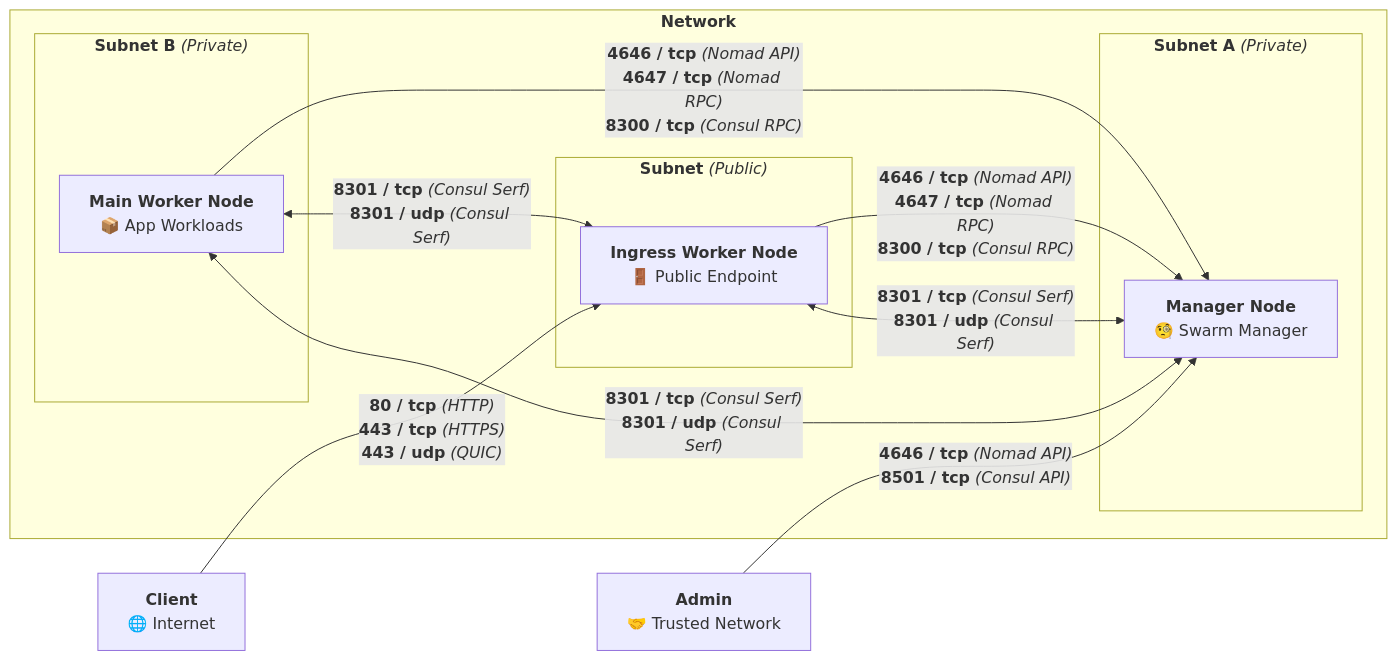
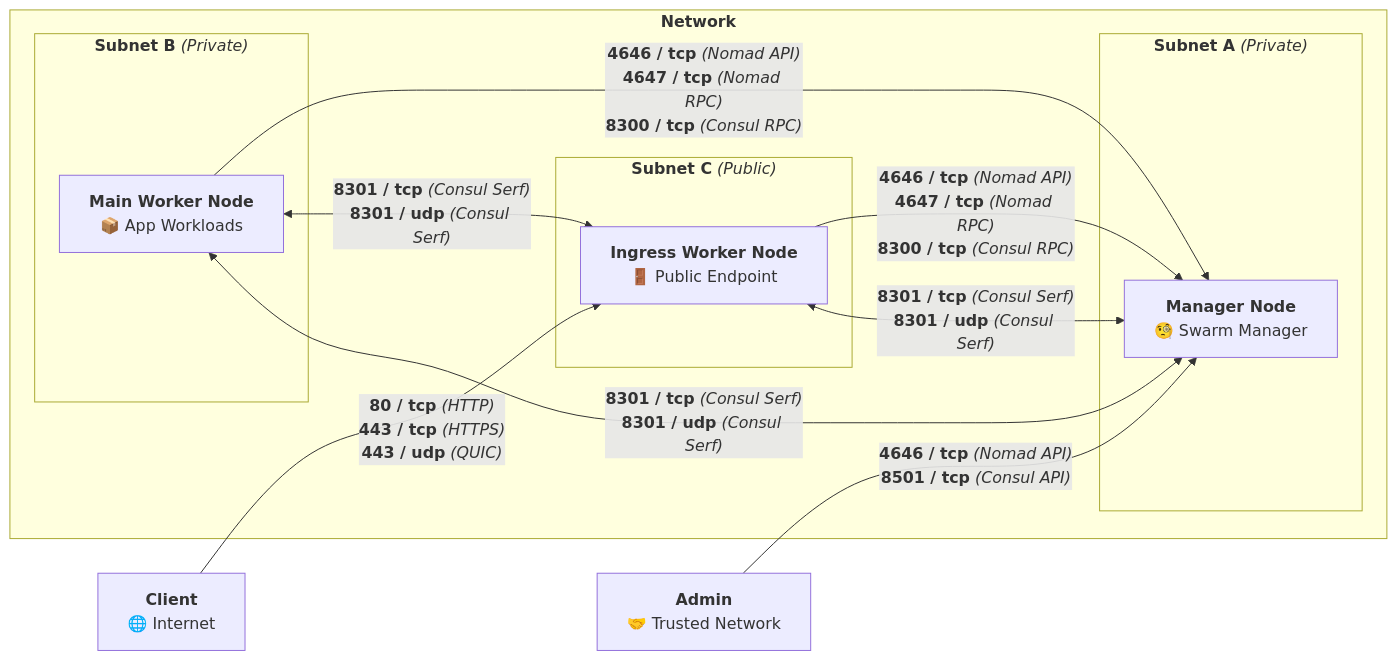
The diagram in README.md (cloud-skeleton/prerequisites), drawn with Mermaid before and after one commit.

````diff
--- a/README.md
+++ b/README.md
@@ -21,35 +21,35 @@
 ```mermaid
 graph LR
 
   external_client["<b>Client</b><br>🌐 Internet"]
 
   admin["<b>Admin</b><br>🤝 Trusted Network"]
 
   subgraph "<b>Network</b>"
-    subgraph "<b>Subnet</b> <i>(Public)</i>"
-      ingress["<b>Ingress Worker Node</b><br>🚪 Public Endpoint"]
-    end
-
     subgraph "<b>Subnet A</b> <i>(Private)</i>"
       manager["<b>Manager Node</b><br>🧐 Swarm Manager"]
     end
 
     subgraph "<b>Subnet B</b> <i>(Private)</i>"
       worker["<b>Main Worker Node</b><br>📦 App Workloads"]
+    end
+
+    subgraph "<b>Subnet C</b> <i>(Public)</i>"
+      ingress["<b>Ingress Worker Node</b><br>🚪 Public Endpoint"]
     end
   end
 
   external_client -->|"<b>80 / tcp</b> <i>(HTTP)</i><br><b>443 / tcp</b> <i>(HTTPS)</i><br><b>443 / udp</b> <i>(QUIC)</i>"| ingress
 
   ingress -->|"<b>4646 / tcp</b> <i>(Nomad API)</i><br><b>4647 / tcp</b> <i>(Nomad RPC)</i><br><b>8300 / tcp</b> <i>(Consul RPC)</i>"| manager
 
   worker -->|"<b>4646 / tcp</b> <i>(Nomad API)</i><br><b>4647 / tcp</b> <i>(Nomad RPC)</i><br><b>8300 / tcp</b> <i>(Consul RPC)</i>"| manager
 
   worker <-->|"<b>8301 / tcp</b> <i>(Consul Serf)</i><br><b>8301 / udp</b> <i>(Consul Serf)</i>"| ingress
 
   worker <-->|"<b>8301 / tcp</b> <i>(Consul Serf)</i><br><b>8301 / udp</b> <i>(Consul Serf)</i>"| manager
 
   ingress <-->|"<b>8301 / tcp</b> <i>(Consul Serf)</i><br><b>8301 / udp</b> <i>(Consul Serf)</i>"| manager
 
   admin -->|"<b>4646 / tcp</b> <i>(Nomad API)</i><br><b>8501 / tcp</b> <i>(Consul API)</i>"| manager
 ```
````
